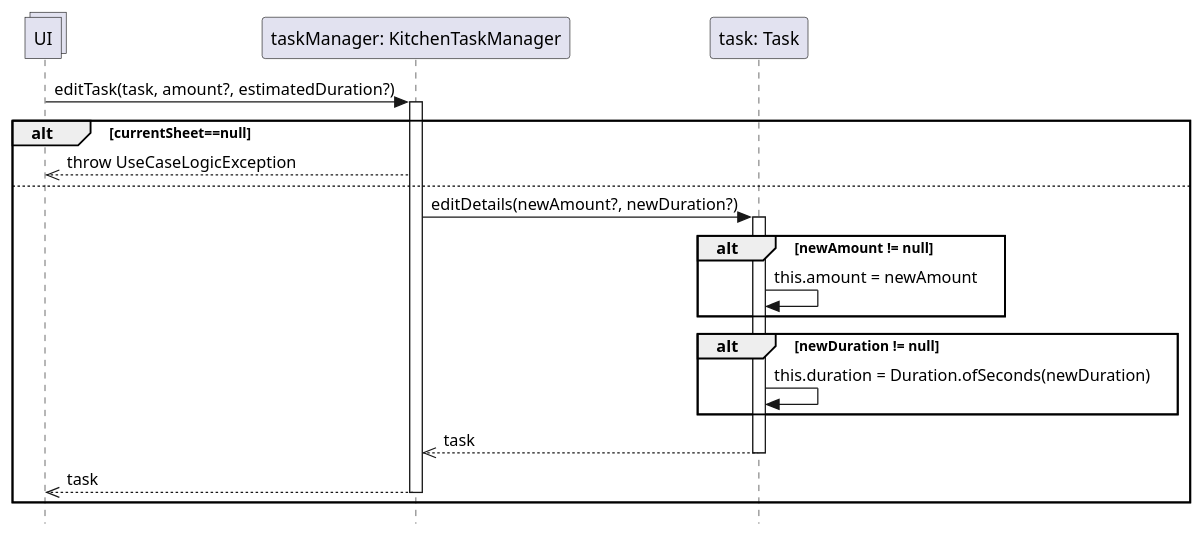
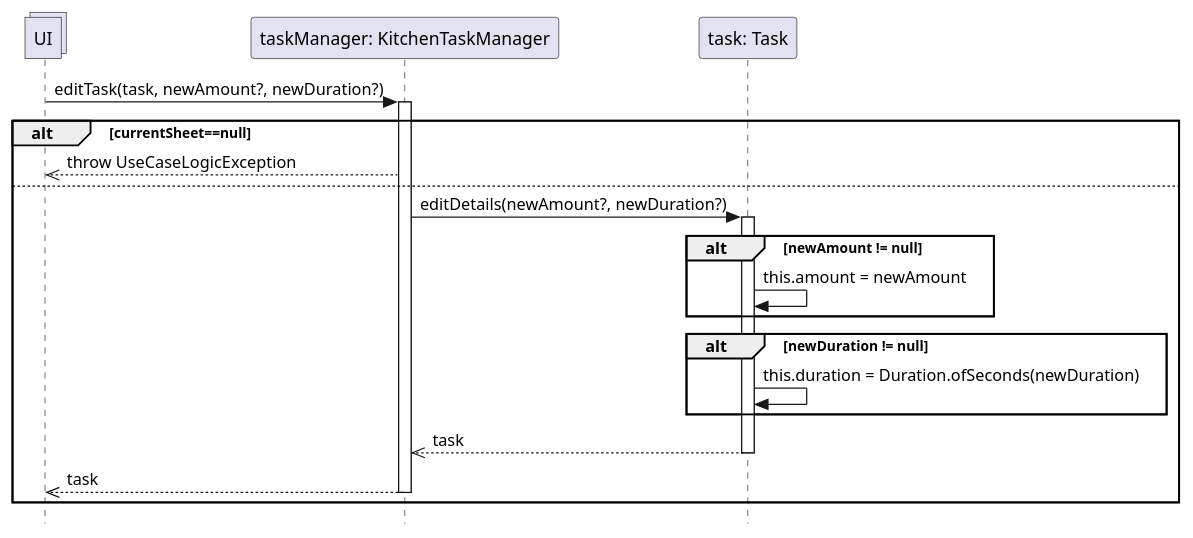
Before and after one commit to stefa168/sas-project: the diagram in DSD Operazione 5.puml, drawn with PlantUML.

Commit message:
Adattati i nomi dei parametri

```diff
--- a/DSD Operazione 5.puml
+++ b/DSD Operazione 5.puml
@@ -1,36 +1,36 @@
 @startuml Operazione 5
 skinparam Style strictuml
 
 collections UI
 
 participant "taskManager: KitchenTaskManager" as tm
-UI -> tm: editTask(task, amount?, estimatedDuration?)
+UI -> tm: editTask(task, newAmount?, newDuration?)
 activate tm
 
 participant "task: Task" as task
 
 alt currentSheet==null
     UI <<-- tm: throw UseCaseLogicException
 else
     tm -> task: editDetails(newAmount?, newDuration?)
     activate task
 
     alt newAmount != null
         task -> task: this.amount = newAmount
     end
 
     alt newDuration != null
         task -> task: this.duration = Duration.ofSeconds(newDuration)
     end
 
     tm <<--task: task
     deactivate task
 
     UI <<-- tm: task
     deactivate tm
 
 end
 
 deactivate tm
 
 @enduml
```
